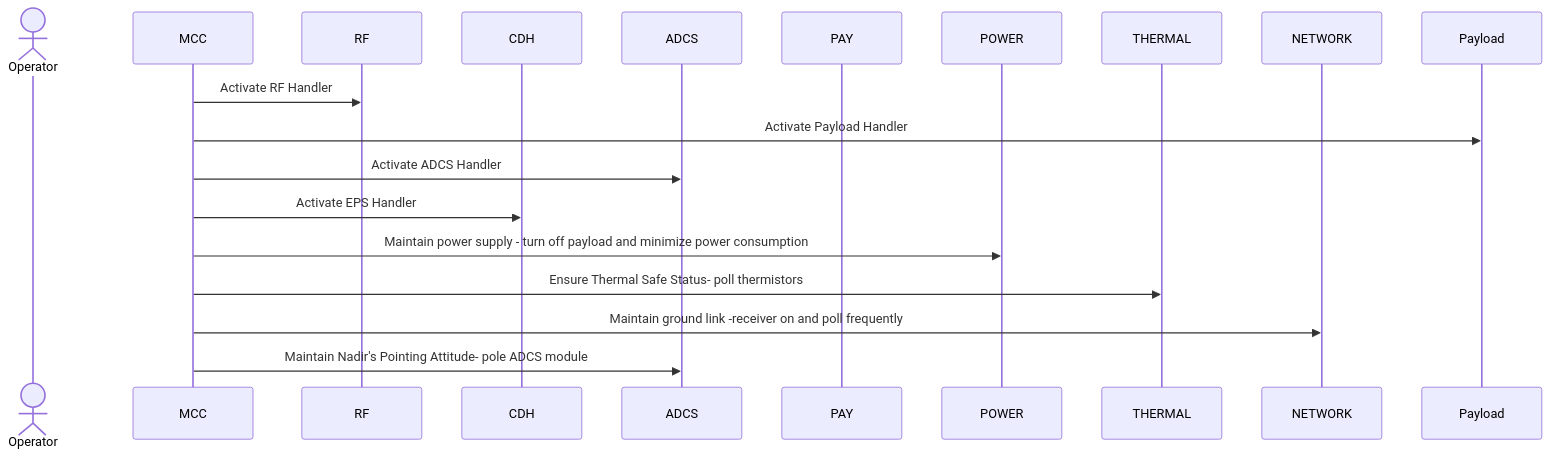
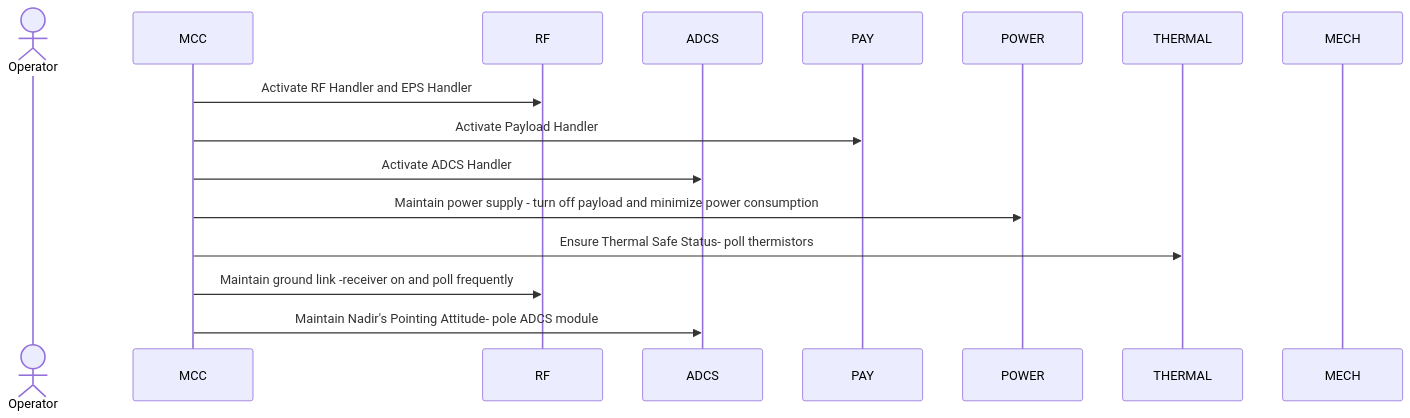
Before and after one commit to utat-ss/FINCH-sequence-diagrams: the diagram in command sequences/safety-command-sequence.md, drawn with Mermaid.

````diff
--- a/command sequences/safety-command-sequence.md
+++ b/command sequences/safety-command-sequence.md
@@ -2,21 +2,19 @@
 ```mermaid
 sequenceDiagram
     Actor Operator
     participant MCC
     participant RF
-    participant CDH
     participant ADCS
     participant PAY
     participant POWER
     participant THERMAL
-    participant NETWORK
-    MCC ->> RF: Activate RF Handler
-    MCC ->> Payload: Activate Payload Handler
+    participant MECH
+    MCC ->> RF: Activate RF Handler and EPS Handler 
+    MCC ->> PAY: Activate Payload Handler
     MCC ->> ADCS: Activate ADCS Handler
-    MCC ->> CDH: Activate EPS Handler 
     MCC ->> POWER: Maintain power supply - turn off payload and minimize power consumption 
     MCC ->> THERMAL: Ensure Thermal Safe Status- poll thermistors
-    MCC ->> NETWORK: Maintain ground link -receiver on and poll frequently
+    MCC ->> RF: Maintain ground link -receiver on and poll frequently
     MCC ->> ADCS: Maintain Nadir's Pointing Attitude- pole ADCS module
     
 ```
````
